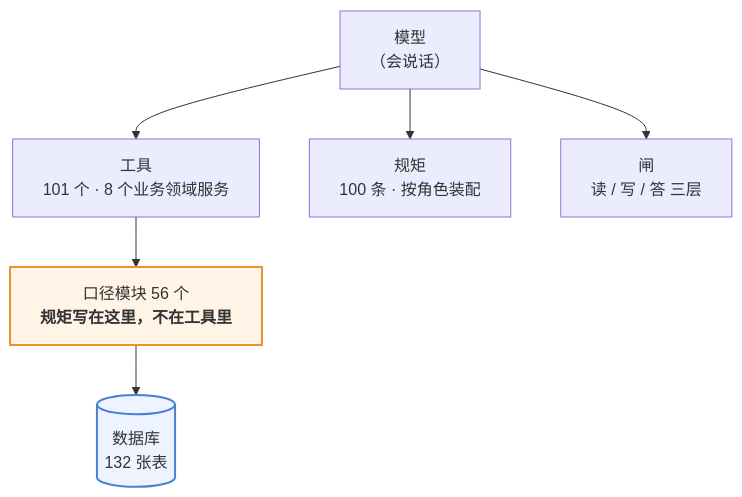
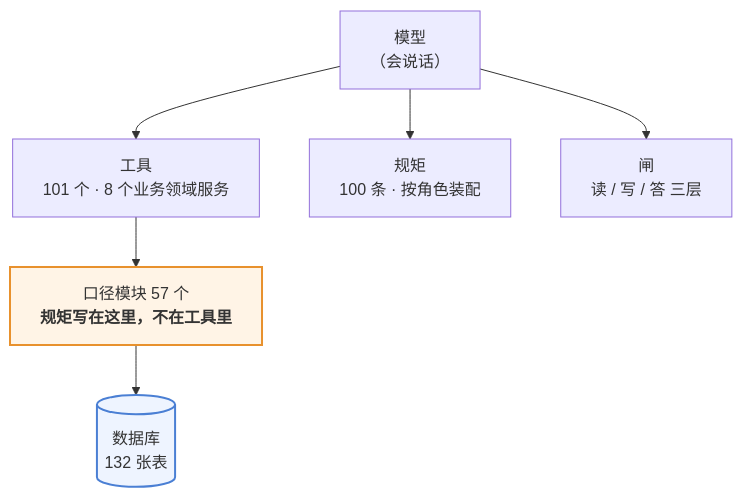
The first of 3 diagrams in 澜绣云裳agent-产品说明.md (843773296-rgb/lanxiu-yunshang-agent), drawn with Mermaid before and after one commit. The commit also changed other lines of this file and 15 other files, not shown here.

````diff
--- a/澜绣云裳agent-产品说明.md
+++ b/澜绣云裳agent-产品说明.md
@@ -62,12 +62,12 @@
 ```mermaid
 flowchart TD
     M["模型<br/>（会说话）"]
     M --> T["工具<br/>101 个 · 8 个业务领域服务"]
     M --> R["规矩<br/>100 条 · 按角色装配"]
     M --> G["闸<br/>读 / 写 / 答 三层"]
-    T --> K["口径模块 56 个<br/><b>规矩写在这里，不在工具里</b>"]
+    T --> K["口径模块 57 个<br/><b>规矩写在这里，不在工具里</b>"]
     K --> DB[("数据库<br/>132 张表")]
 
     style K fill:#fff4e6,stroke:#e8912d,stroke-width:2px
     style DB fill:#eef4ff,stroke:#4a7fd4,stroke-width:2px
 ```
````
